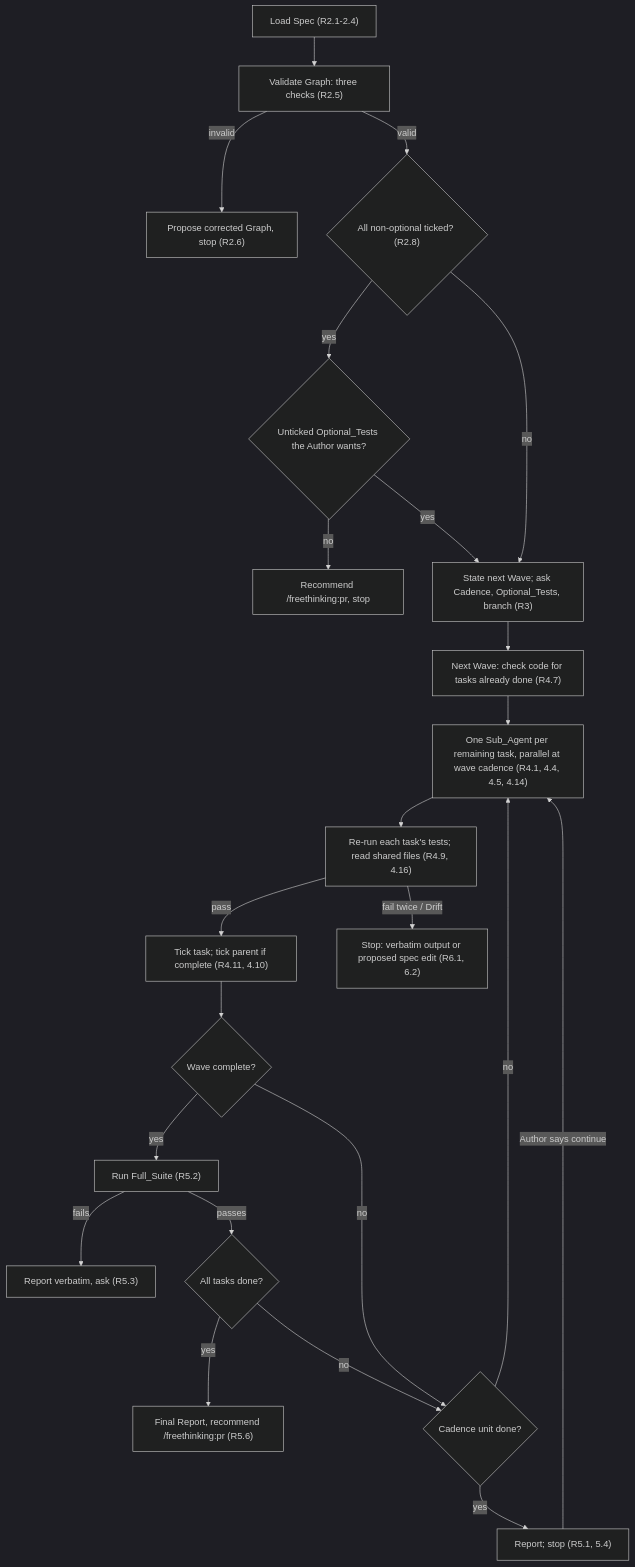
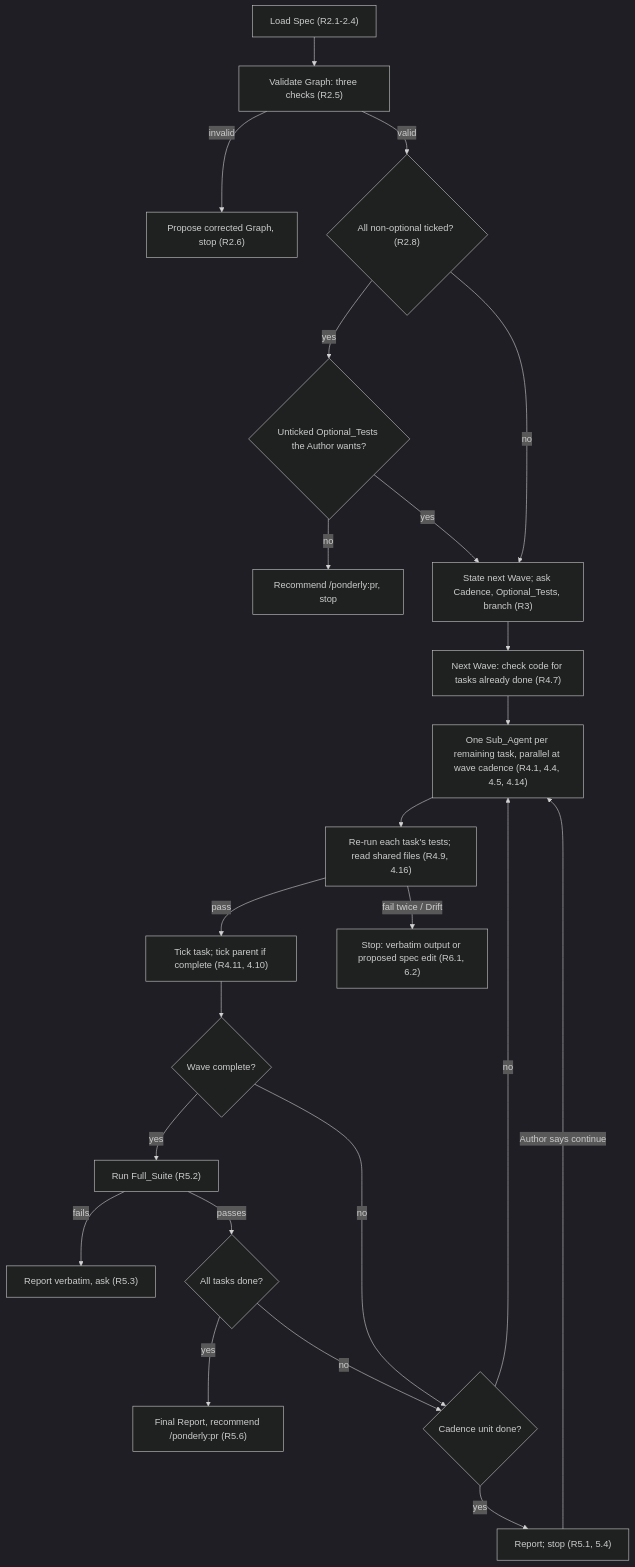
Before and after one commit to freethinkingit/dev_tools: the first of 2 diagrams in .ponderly/specs/implement-spec/design.md, drawn with Mermaid (dark theme). The commit also changed other lines of this file and 182 other files, not shown here.

````diff
--- a/.ponderly/specs/implement-spec/design.md
+++ b/.ponderly/specs/implement-spec/design.md
@@ -13,25 +13,25 @@
 ```mermaid
 flowchart TD
     A["Load Spec (R2.1-2.4)"] --> B["Validate Graph: three checks (R2.5)"]
     B -- invalid --> P["Propose corrected Graph, stop (R2.6)"]
     B -- valid --> C{"All non-optional ticked? (R2.8)"}
     C -- yes --> O{"Unticked Optional_Tests the Author wants?"}
-    O -- no --> Z["Recommend /freethinking:pr, stop"]
+    O -- no --> Z["Recommend /ponderly:pr, stop"]
     O -- yes --> D
     C -- no --> D["State next Wave; ask Cadence, Optional_Tests, branch (R3)"]
     D --> H["Next Wave: check code for tasks already done (R4.7)"]
     H --> I["One Sub_Agent per remaining task, parallel at wave cadence (R4.1, 4.4, 4.5, 4.14)"]
     I --> I2["Re-run each task's tests; read shared files (R4.9, 4.16)"]
     I2 -- pass --> J["Tick task; tick parent if complete (R4.11, 4.10)"]
     I2 -- fail twice / Drift --> K["Stop: verbatim output or proposed spec edit (R6.1, 6.2)"]
     J --> W{"Wave complete?"}
     W -- yes --> S["Run Full_Suite (R5.2)"]
     S -- fails --> K2["Report verbatim, ask (R5.3)"]
     S -- passes --> F{"All tasks done?"}
-    F -- yes --> Z2["Final Report, recommend /freethinking:pr (R5.6)"]
+    F -- yes --> Z2["Final Report, recommend /ponderly:pr (R5.6)"]
     F -- no --> L
     W -- no --> L{"Cadence unit done?"}
     L -- no --> I
     L -- yes --> M["Report; stop (R5.1, 5.4)"]
     M -- Author says continue --> I
 ```
````
